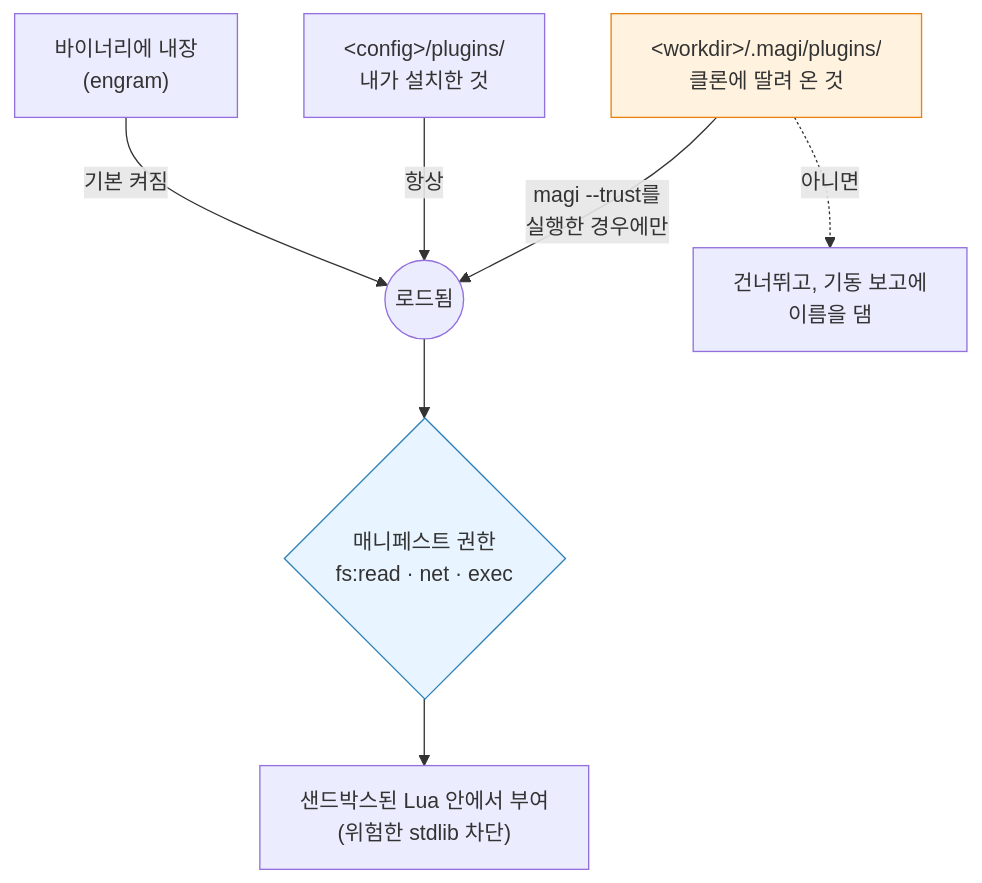
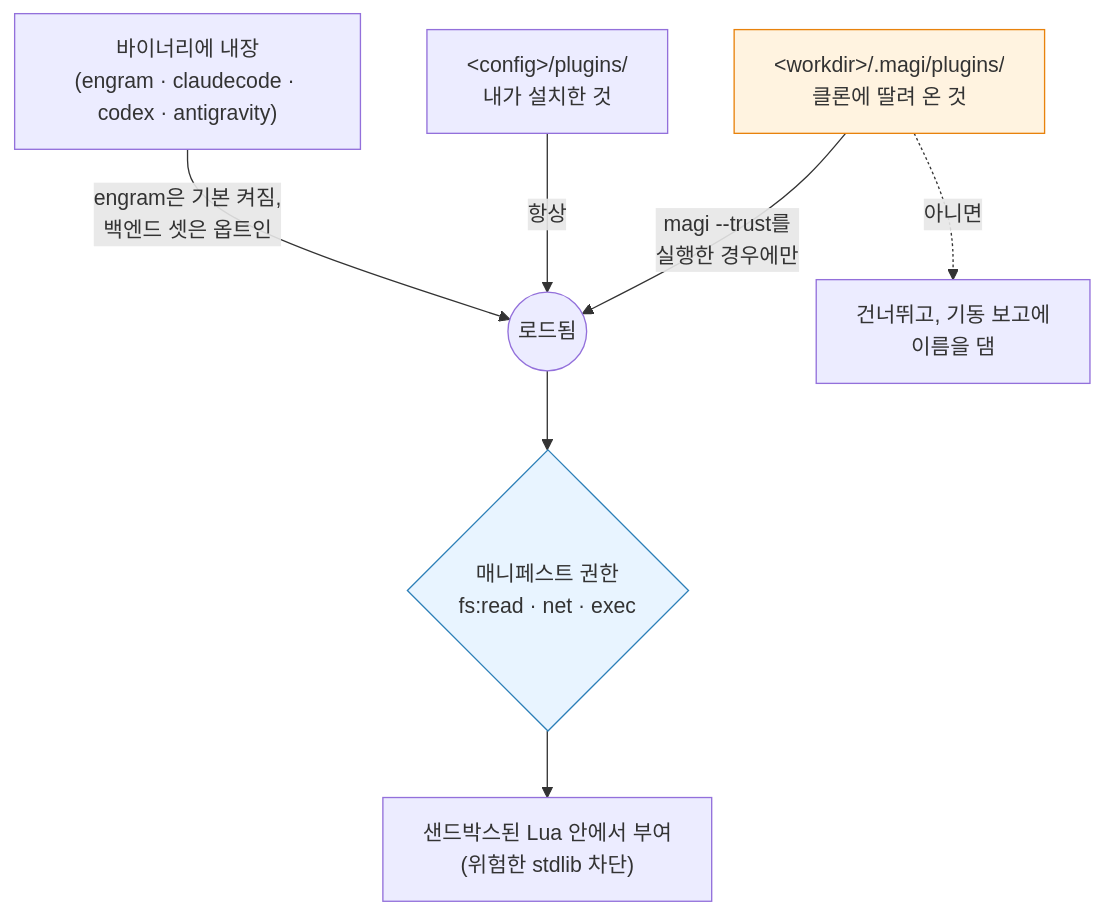
Before and after one commit to sayaya1090/magi: diagram 11 of 19 in docs/MANUAL.ko.md, drawn with Mermaid. The commit also changed other lines of this file and 3 other files, not shown here.

````diff
--- a/docs/MANUAL.ko.md
+++ b/docs/MANUAL.ko.md
@@ -1286,12 +1286,12 @@
 ```mermaid
 flowchart TD
-    E["바이너리에 내장<br/>(engram)"] -->|"기본 켜짐"| L((로드됨))
+    E["바이너리에 내장<br/>(engram · claudecode · codex · antigravity)"] -->|"engram은 기본 켜짐,<br/>백엔드 셋은 옵트인"| L((로드됨))
     G["&lt;config&gt;/plugins/<br/>내가 설치한 것"] -->|"항상"| L
     W["&lt;workdir&gt;/.magi/plugins/<br/>클론에 딸려 온 것"] -->|"magi --trust를<br/>실행한 경우에만"| L
     W -.->|"아니면"| S["건너뛰고, 기동 보고에<br/>이름을 댐"]
     L --> P{"매니페스트 권한<br/>fs:read · net · exec"}
     P --> R["샌드박스된 Lua 안에서 부여<br/>(위험한 stdlib 차단)"]
 
     style W fill:#fff3e0,stroke:#e8820c
     style P fill:#e8f4ff,stroke:#2c7fb8
 ```
````
